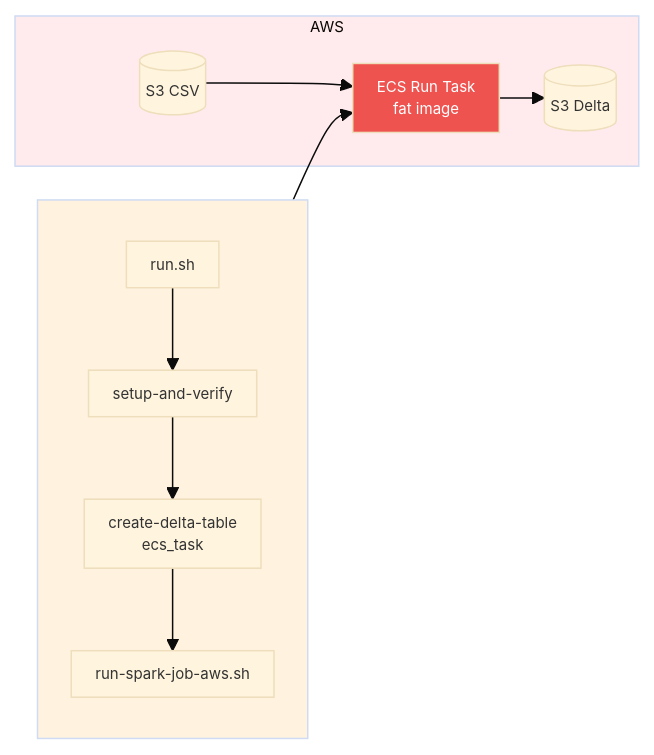
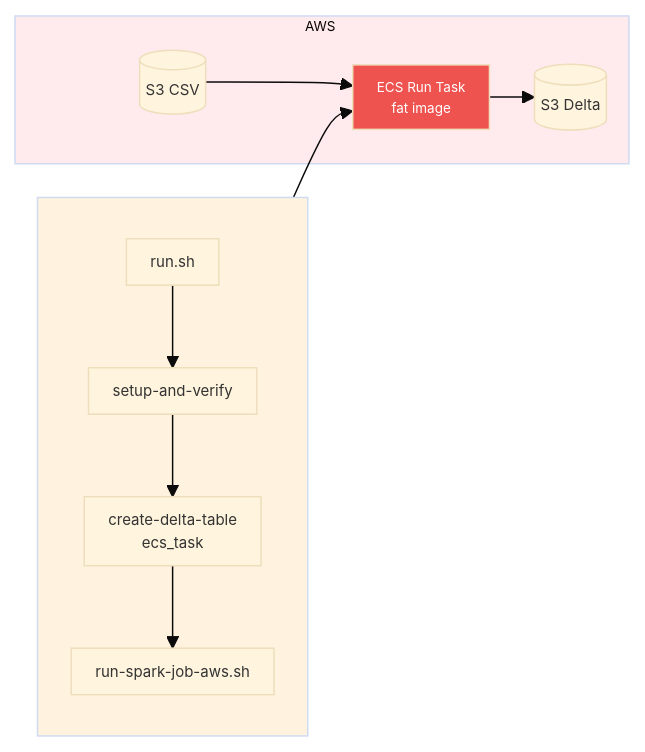
Before and after one commit to horselord-joe-8053/ultra-fru-genai-analytics-new: the second of 4 diagrams in docs/war_stories/WAR_STORIES_AWS.md, drawn with Mermaid. The commit also changed other lines of this file and 5 other files, not shown here.

````diff
--- a/docs/war_stories/WAR_STORIES_AWS.md
+++ b/docs/war_stories/WAR_STORIES_AWS.md
@@ -685,23 +798,23 @@
 ```mermaid
 %%{init: {'theme':'base', 'themeVariables': {'fontSize':'10px'}, 'flowchart': {'padding': 8, 'nodeSpacing': 25, 'rankSpacing': 30 }}}%%
 flowchart LR
   subgraph local[" "]
     direction TB
     A[run.sh]
     B[setup-and-verify]
     C[create-delta-table<br/>ecs_task]
     D[run-spark-job-aws.sh]
     A --> B --> C --> D
   end
   D --> E
   F --> E
   E --> G
   subgraph aws["AWS"]
     E[ECS Run Task<br/>fat image]
     F[(S3 CSV)]
     G[(S3 Delta)]
   end
-  style local fill:#fff3e0
-  style aws fill:#ffebee
-  style E fill:#ef5350,color:#fff
+  style local fill:#fff3e0,font-size:9px
+  style aws fill:#ffebee,font-size:9px
+  style E fill:#ef5350,color:#fff,font-size:9px
 ```
````
